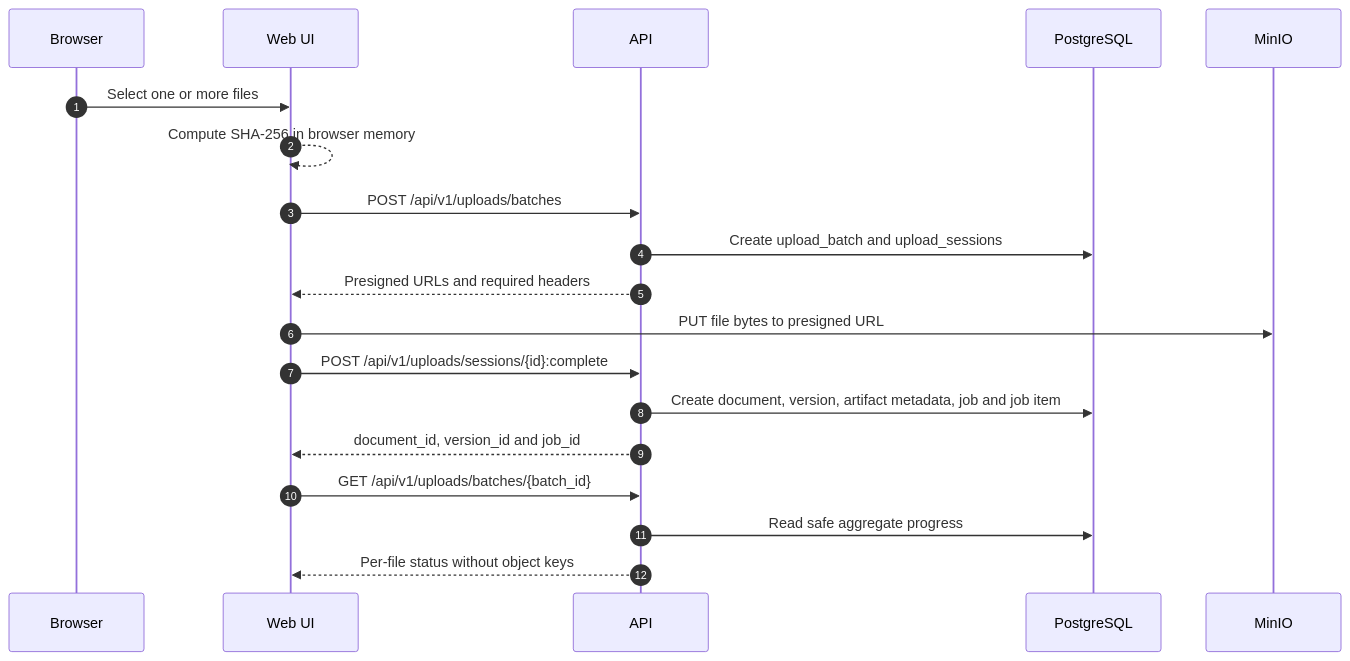
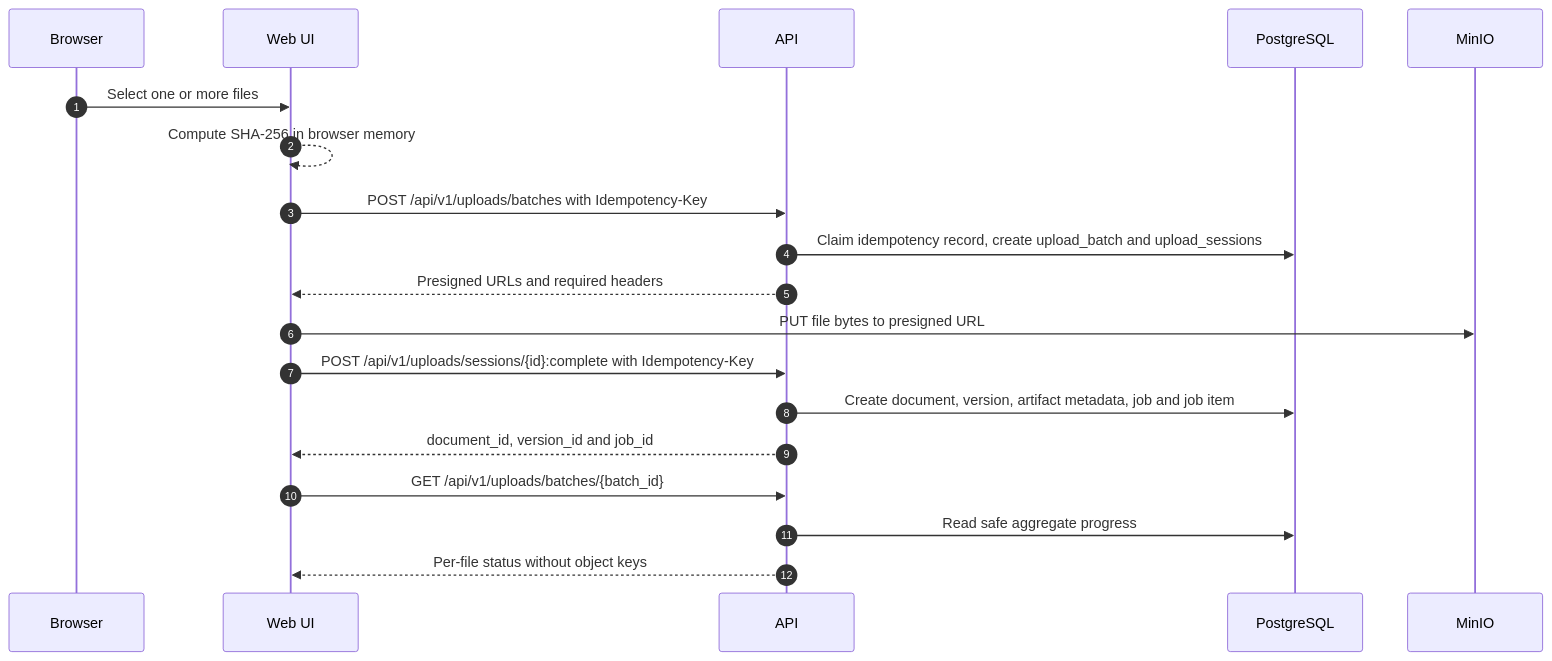
Before and after one commit to StickyClown/Wikipedia-RAG: the fourth of 11 diagrams in docs/architecture/flows.md, drawn with Mermaid. The commit also changed other lines of this file and 106 other files, not shown here.

````diff
--- a/docs/architecture/flows.md
+++ b/docs/architecture/flows.md
@@ -83,22 +83,22 @@
 ```mermaid
 sequenceDiagram
     autonumber
     participant B as Browser
     participant UI as Web UI
     participant API as API
     participant DB as PostgreSQL
     participant MinIO as MinIO
 
     B->>UI: Select one or more files
     UI-->>UI: Compute SHA-256 in browser memory
-    UI->>API: POST /api/v1/uploads/batches
-    API->>DB: Create upload_batch and upload_sessions
+    UI->>API: POST /api/v1/uploads/batches with Idempotency-Key
+    API->>DB: Claim idempotency record, create upload_batch and upload_sessions
     API-->>UI: Presigned URLs and required headers
     UI->>MinIO: PUT file bytes to presigned URL
-    UI->>API: POST /api/v1/uploads/sessions/{id}:complete
+    UI->>API: POST /api/v1/uploads/sessions/{id}:complete with Idempotency-Key
     API->>DB: Create document, version, artifact metadata, job and job item
     API-->>UI: document_id, version_id and job_id
     UI->>API: GET /api/v1/uploads/batches/{batch_id}
     API->>DB: Read safe aggregate progress
     API-->>UI: Per-file status without object keys
 ```
````
